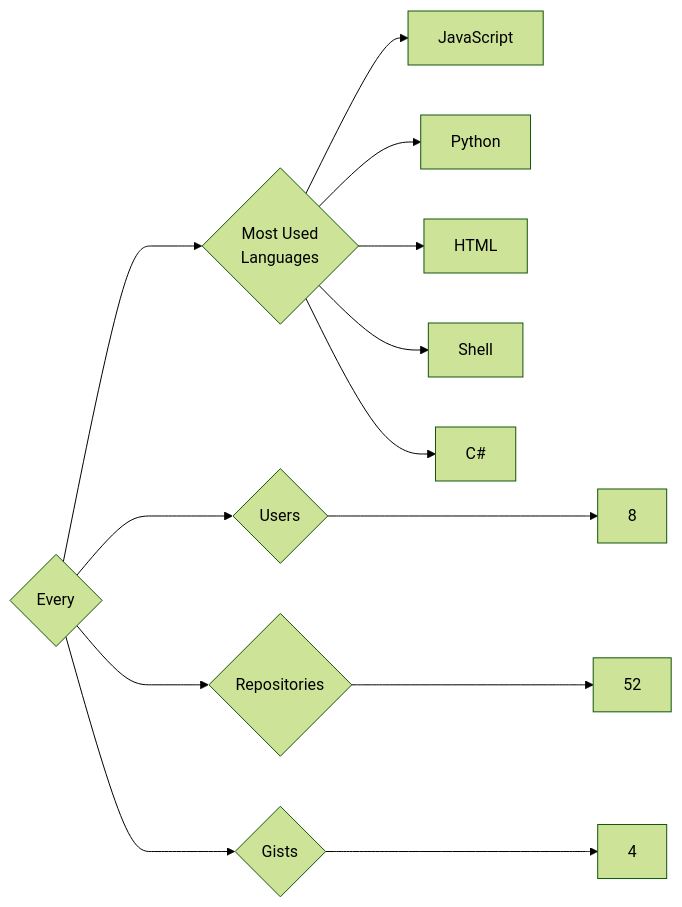
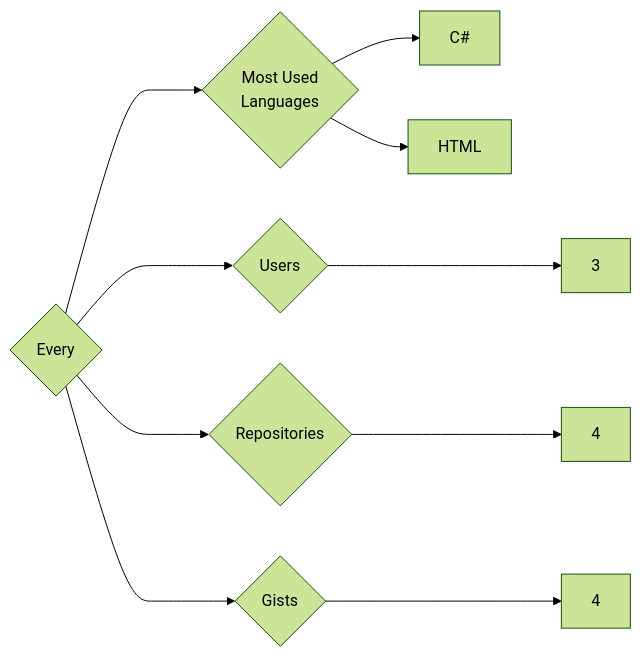
One commit to trickest/insiders changed the diagram in targets/Every/README.md. Above: the diagram before and after it, drawn with Mermaid (forest theme). The commit also changed 857 other files, not shown here.

````diff
--- a/targets/Every/README.md
+++ b/targets/Every/README.md
@@ -3,13 +3,10 @@
 ```mermaid
 graph LR
 COMPANY_NAME{Every}
-COMPANY_NAME ---> U{Users} ---> UN[8]
-COMPANY_NAME ---> R{Repositories} ---> RN[52]
+COMPANY_NAME ---> U{Users} ---> UN[3]
+COMPANY_NAME ---> R{Repositories} ---> RN[4]
 COMPANY_NAME ---> G{Gists} ---> GN[4]
 COMPANY_NAME ---> ML{Most Used<br>Languages}
-ML --> JavaScript[JavaScript]
-ML --> Python[Python]
+ML --> C#[C#]
 ML --> HTML[HTML]
-ML --> Shell[Shell]
-ML --> C#[C#]
 ```
````
